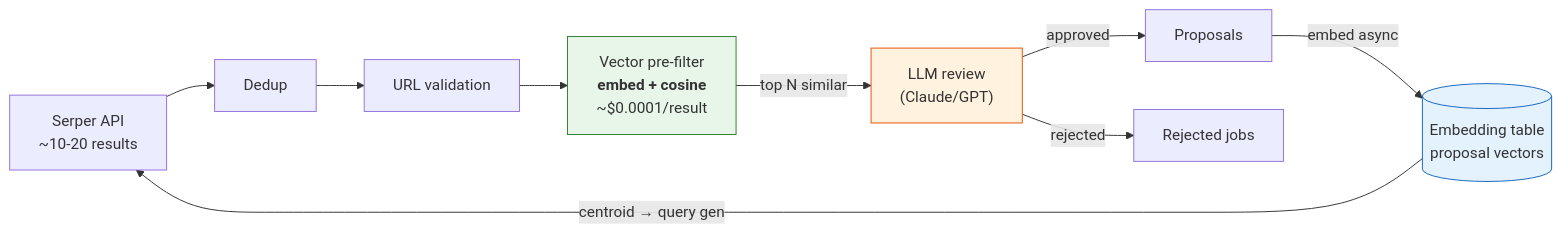
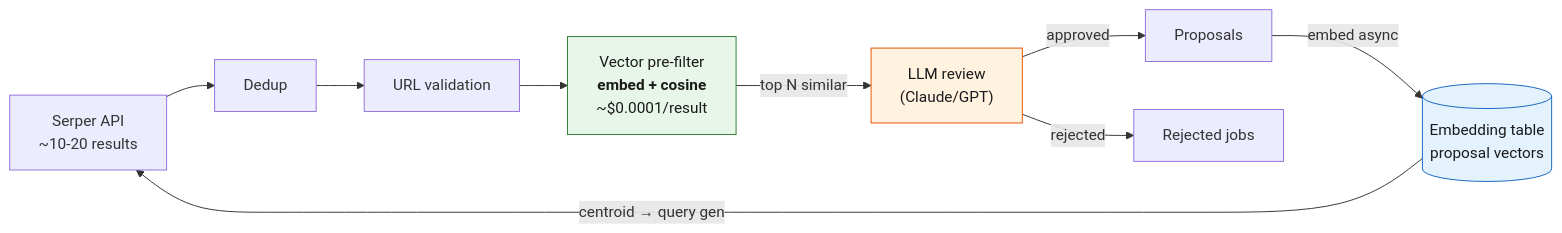
Before and after one commit to hubenschmidt/pina-colada: the third of 10 diagrams in README.md, drawn with Mermaid. The commit also changed other lines of this file, not shown here.

Commit message:
update mermaid graph

````diff
--- a/README.md
+++ b/README.md
@@ -194,16 +194,16 @@
 ```mermaid
 flowchart LR
     SERPER["Serper API<br/>~10-20 results"] --> DEDUP["Dedup"]
     DEDUP --> URLS["URL validation"]
     URLS --> VPF["Vector pre-filter<br/><b>embed + cosine</b><br/>~$0.0001/result"]
     VPF -->|"top N similar"| LLM["LLM review<br/>(Claude/GPT)"]
     LLM -->|approved| PROP["Proposals"]
     LLM -->|rejected| REJ["Rejected jobs"]
 
     PROP -->|"embed async"| EMB[("Embedding table<br/>proposal vectors")]
     EMB -->|"centroid → query gen"| SERPER
 
-    style VPF fill:#e8f5e9,stroke:#2e7d32
-    style EMB fill:#e3f2fd,stroke:#1565c0
-    style LLM fill:#fff3e0,stroke:#e65100
+    style VPF fill:#e8f5e9,stroke:#2e7d32,color:#1a1a1a
+    style EMB fill:#e3f2fd,stroke:#1565c0,color:#1a1a1a
+    style LLM fill:#fff3e0,stroke:#e65100,color:#1a1a1a
 ```
````
